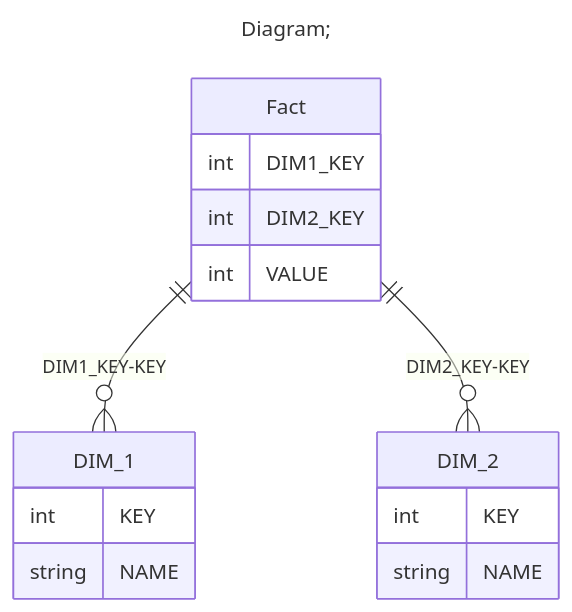
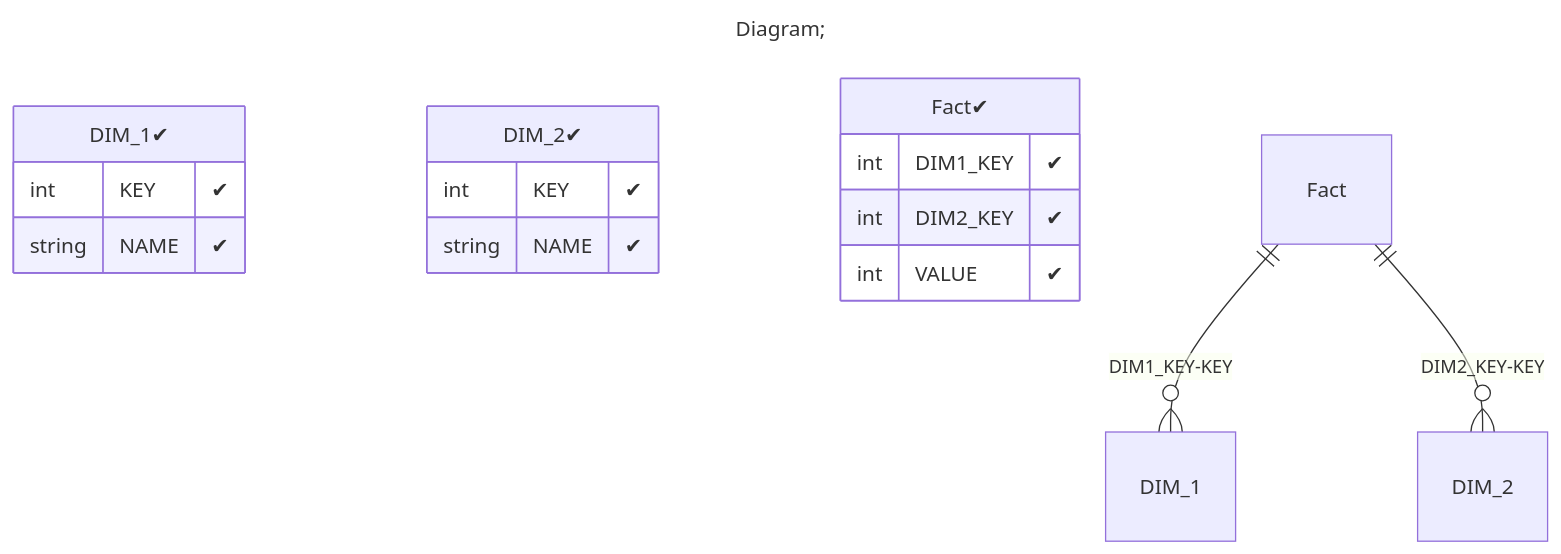
The third of 3 diagrams in demo/server/catalogs/min_Dimension_multiple/README.MD (xmla-services/workground), drawn with Mermaid before and after one commit. The commit also changed 44 other files, not shown here.

Commit message:
tutorials. add flags (positive, negative) in database diagram Signed-off-by: dbulahov <bulahovdenis@gmail.com>

````diff
--- a/demo/server/catalogs/min_Dimension_multiple/README.MD
+++ b/demo/server/catalogs/min_Dimension_multiple/README.MD
@@ -113,22 +113,22 @@
 ```mermaid
 ---
 title: Diagram;
 ---
 erDiagram
-DIM_1{
-int KEY
-string NAME
+"DIM_1✔"{
+int KEY "✔"
+string NAME "✔"
 }
-DIM_2{
-int KEY
-string NAME
+"DIM_2✔"{
+int KEY "✔"
+string NAME "✔"
 }
-Fact{
-int DIM1_KEY
-int DIM2_KEY
-int VALUE
+"Fact✔"{
+int DIM1_KEY "✔"
+int DIM2_KEY "✔"
+int VALUE "✔"
 }
 
 "Fact" ||--o{ "DIM_1" : "DIM1_KEY-KEY"
 "Fact" ||--o{ "DIM_2" : "DIM2_KEY-KEY"
 ```
````
